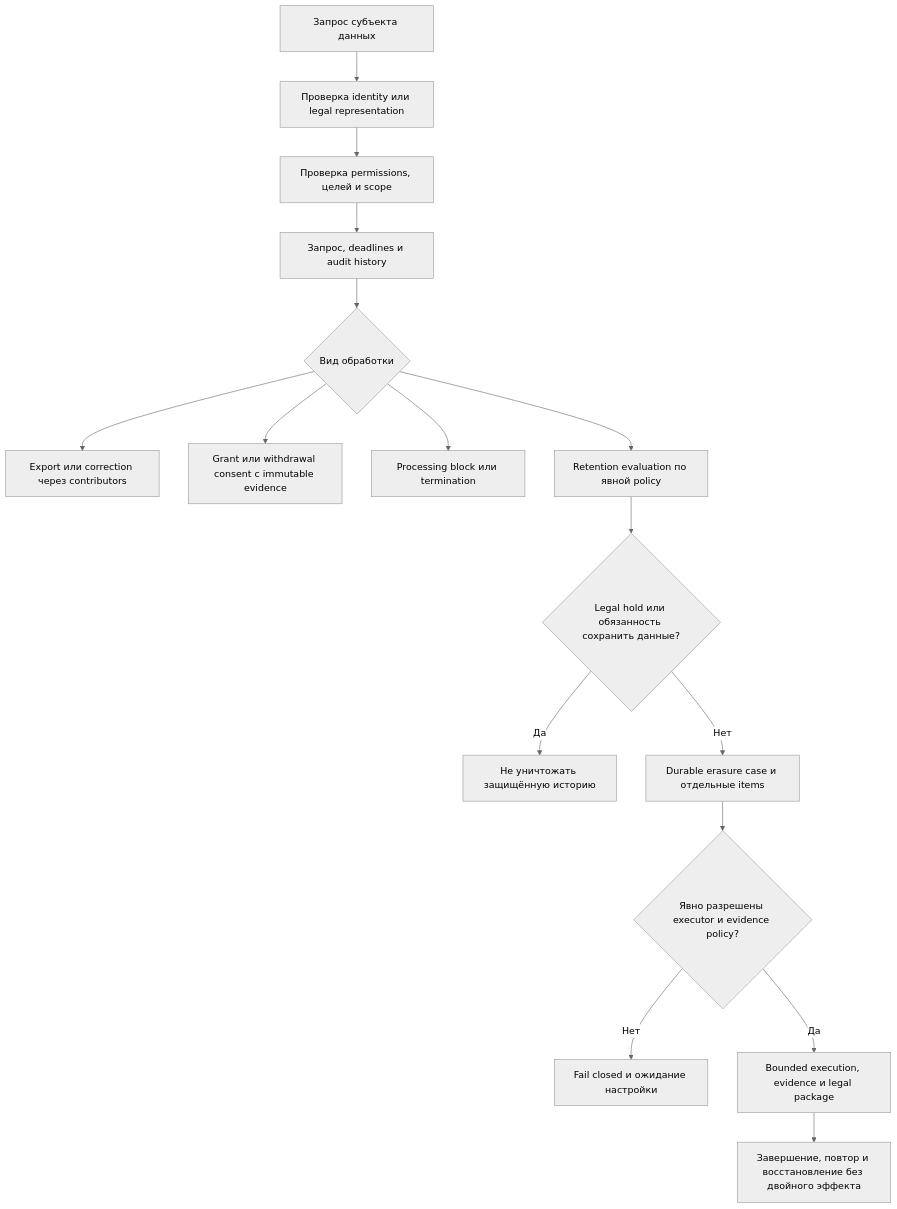
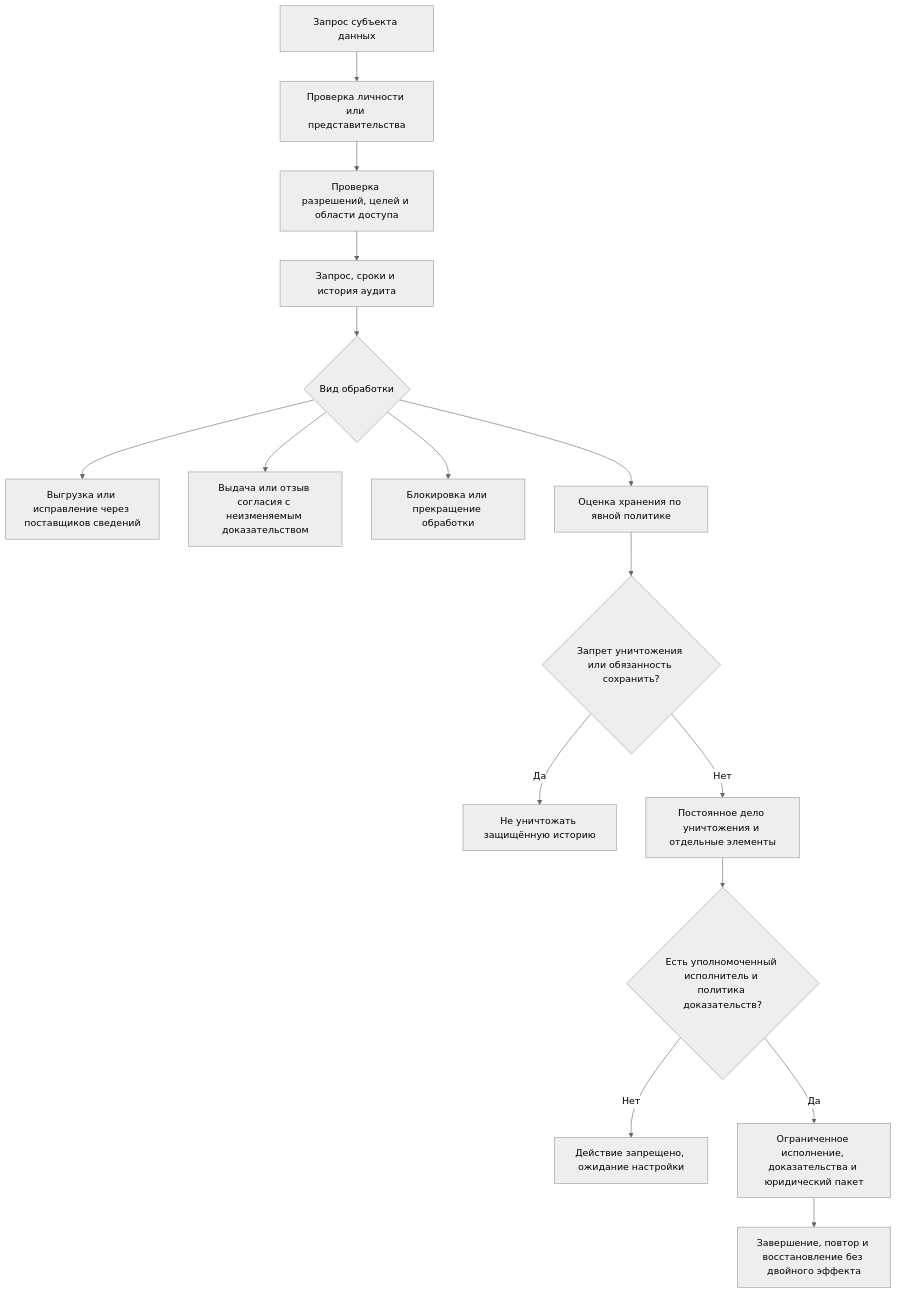
Before and after one commit to YCleffo/Platform: the diagram in docs/processes/12-privacy.mmd, drawn with Mermaid (neutral theme). The commit also changed 188 other files, not shown here.

```diff
--- a/docs/processes/12-privacy.mmd
+++ b/docs/processes/12-privacy.mmd
@@ -1,16 +1,16 @@
 flowchart TD
-  Request[Запрос субъекта данных] --> Identity[Проверка identity или legal representation]
-  Identity --> Scope[Проверка permissions, целей и scope]
-  Scope --> Register[Запрос, deadlines и audit history]
+  Request[Запрос субъекта данных] --> Identity[Проверка личности или представительства]
+  Identity --> Scope[Проверка разрешений, целей и области доступа]
+  Scope --> Register[Запрос, сроки и история аудита]
   Register --> Kind{Вид обработки}
-  Kind --> Export[Export или correction через contributors]
-  Kind --> Consent[Grant или withdrawal consent с immutable evidence]
-  Kind --> Termination[Processing block или termination]
-  Kind --> Retention[Retention evaluation по явной policy]
-  Retention --> Hold{Legal hold или обязанность сохранить данные?}
+  Kind --> Export[Выгрузка или исправление через поставщиков сведений]
+  Kind --> Consent[Выдача или отзыв согласия с неизменяемым доказательством]
+  Kind --> Termination[Блокировка или прекращение обработки]
+  Kind --> Retention[Оценка хранения по явной политике]
+  Retention --> Hold{Запрет уничтожения или обязанность сохранить?}
   Hold -->|Да| Preserve[Не уничтожать защищённую историю]
-  Hold -->|Нет| Erasure[Durable erasure case и отдельные items]
-  Erasure --> Policy{Явно разрешены executor и evidence policy?}
-  Policy -->|Нет| Blocked[Fail closed и ожидание настройки]
-  Policy -->|Да| Execute[Bounded execution, evidence и legal package]
+  Hold -->|Нет| Erasure[Постоянное дело уничтожения и отдельные элементы]
+  Erasure --> Policy{Есть уполномоченный исполнитель и политика доказательств?}
+  Policy -->|Нет| Blocked[Действие запрещено, ожидание настройки]
+  Policy -->|Да| Execute[Ограниченное исполнение, доказательства и юридический пакет]
   Execute --> Complete[Завершение, повтор и восстановление без двойного эффекта]
```
